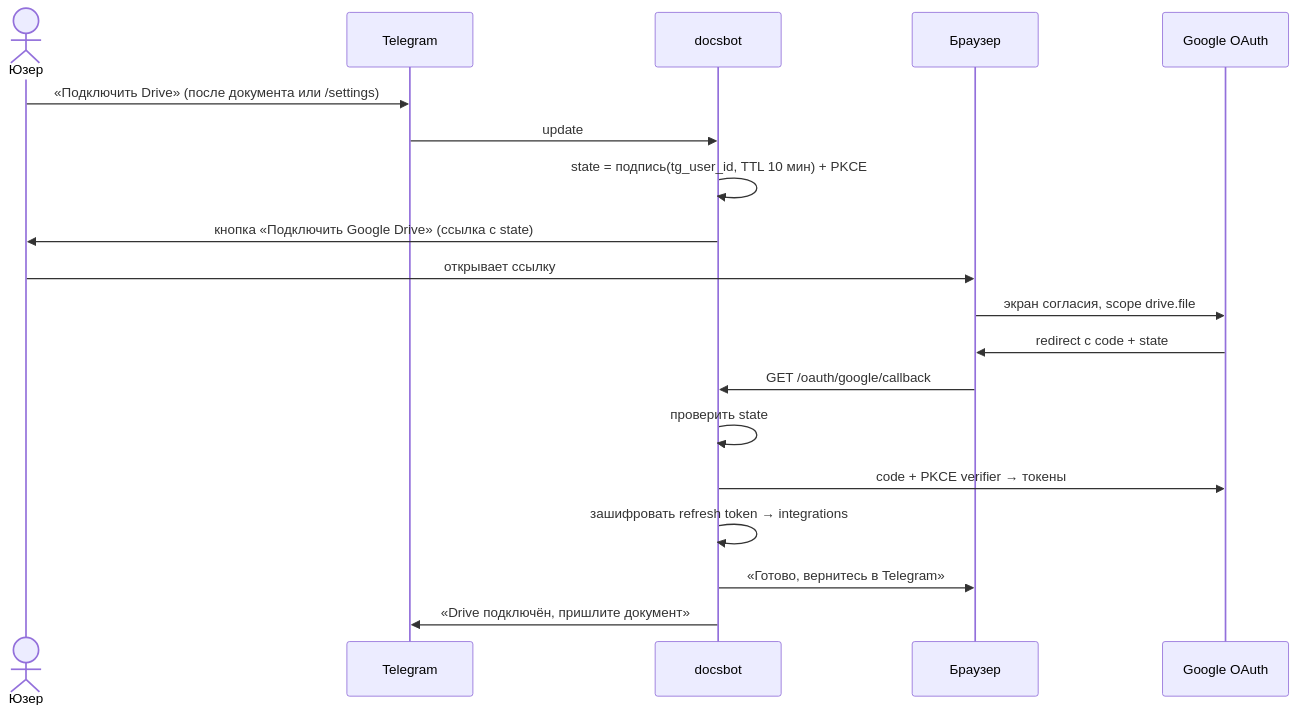
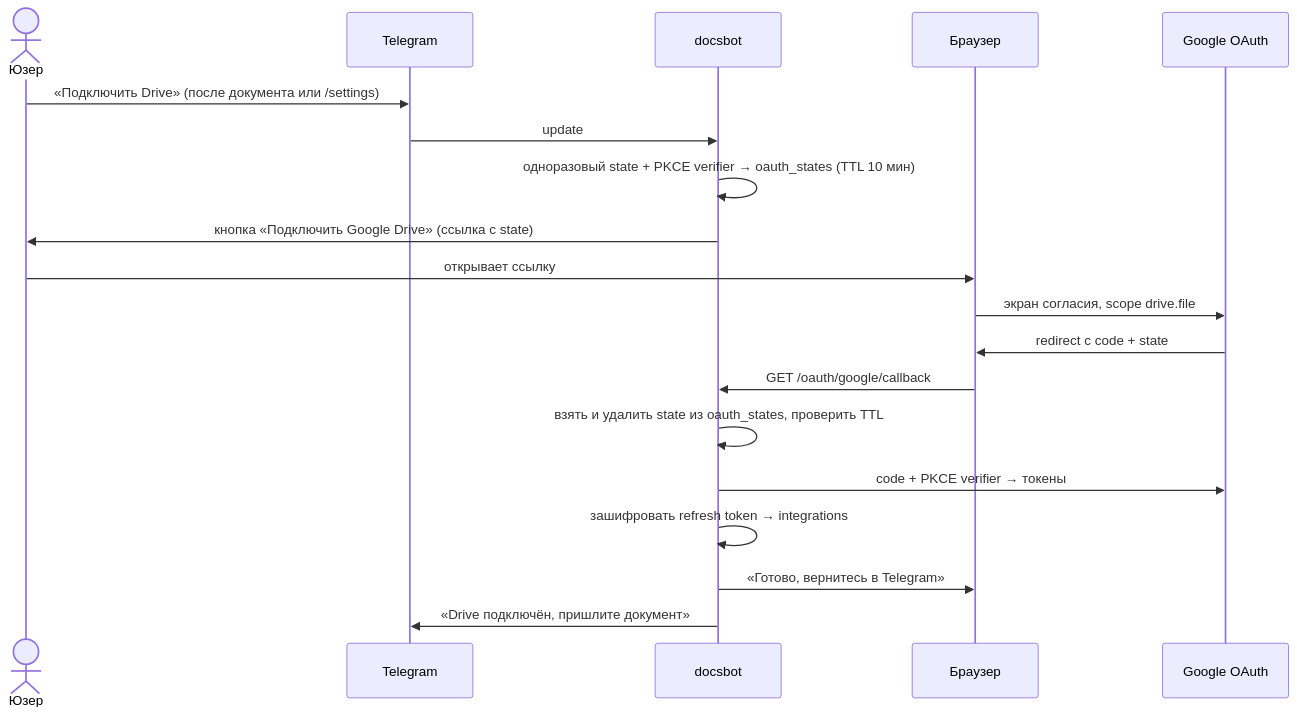
The second of 3 diagrams in docs/architecture.md (alexe0110/most-app), drawn with Mermaid before and after one commit. The commit also changed other lines of this file and 5 other files, not shown here.

````diff
--- a/docs/architecture.md
+++ b/docs/architecture.md
@@ -53,22 +53,22 @@
 ```mermaid
 sequenceDiagram
     actor U as Юзер
     participant T as Telegram
     participant S as docsbot
     participant B as Браузер
     participant G as Google OAuth
 
     U->>T: «Подключить Drive» (после документа или /settings)
     T->>S: update
-    S->>S: state = подпись(tg_user_id, TTL 10 мин) + PKCE
+    S->>S: одноразовый state + PKCE verifier → oauth_states (TTL 10 мин)
     S->>U: кнопка «Подключить Google Drive» (ссылка с state)
     U->>B: открывает ссылку
     B->>G: экран согласия, scope drive.file
     G->>B: redirect с code + state
     B->>S: GET /oauth/google/callback
-    S->>S: проверить state
+    S->>S: взять и удалить state из oauth_states, проверить TTL
     S->>G: code + PKCE verifier → токены
     S->>S: зашифровать refresh token → integrations
     S->>B: «Готово, вернитесь в Telegram»
     S->>T: «Drive подключён, пришлите документ»
 ```
````
